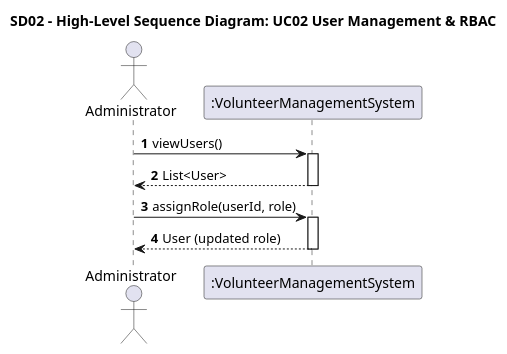
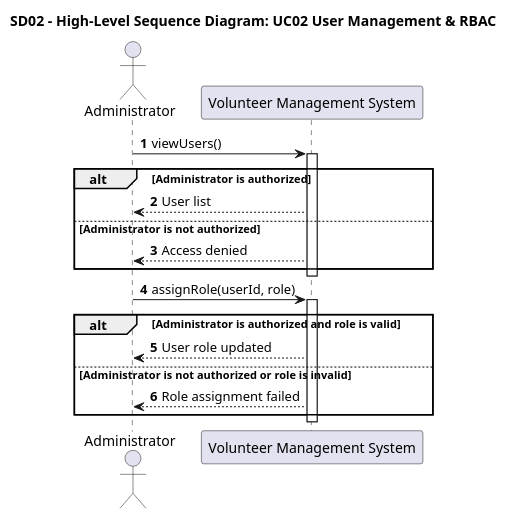
The diagram in uml/sequence-diagrams/SD02_High_Level_UC02_UserManagement.puml (LeenQasem/SE-project-group8), drawn with PlantUML before and after one commit. The commit also changed 7 other files, not shown here.

```diff
--- a/uml/sequence-diagrams/SD02_High_Level_UC02_UserManagement.puml
+++ b/uml/sequence-diagrams/SD02_High_Level_UC02_UserManagement.puml
@@ -1,15 +1,24 @@
 @startuml SD02_High_Level_UC02_UserManagement
 title SD02 - High-Level Sequence Diagram: UC02 User Management & RBAC
 autonumber
 actor Administrator as Admin
-participant ":VolunteerManagementSystem" as System
+participant "Volunteer Management System" as System
 
 Admin -> System : viewUsers()
 activate System
-System --> Admin : List<User>
+alt Administrator is authorized
+    System --> Admin : User list
+else Administrator is not authorized
+    System --> Admin : Access denied
+end
 deactivate System
+
 Admin -> System : assignRole(userId, role)
 activate System
-System --> Admin : User (updated role)
+alt Administrator is authorized and role is valid
+    System --> Admin : User role updated
+else Administrator is not authorized or role is invalid
+    System --> Admin : Role assignment failed
+end
 deactivate System
 @enduml
```
